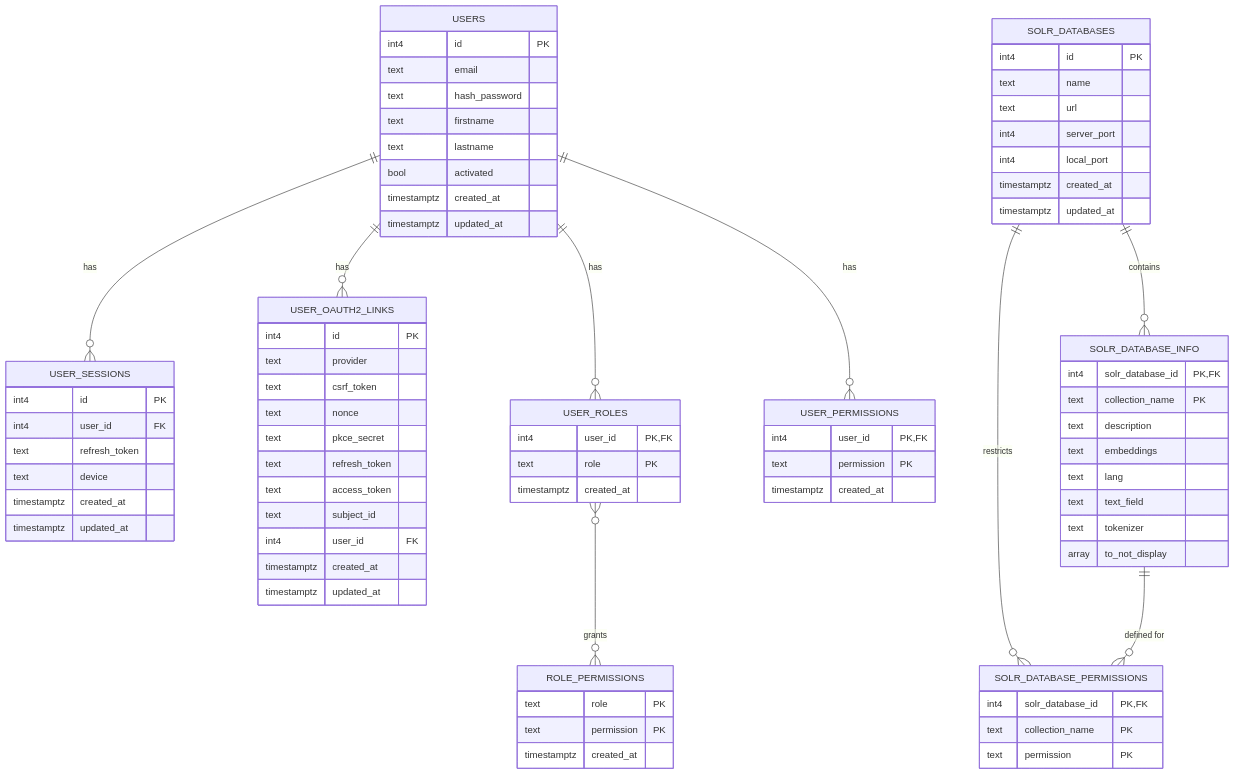
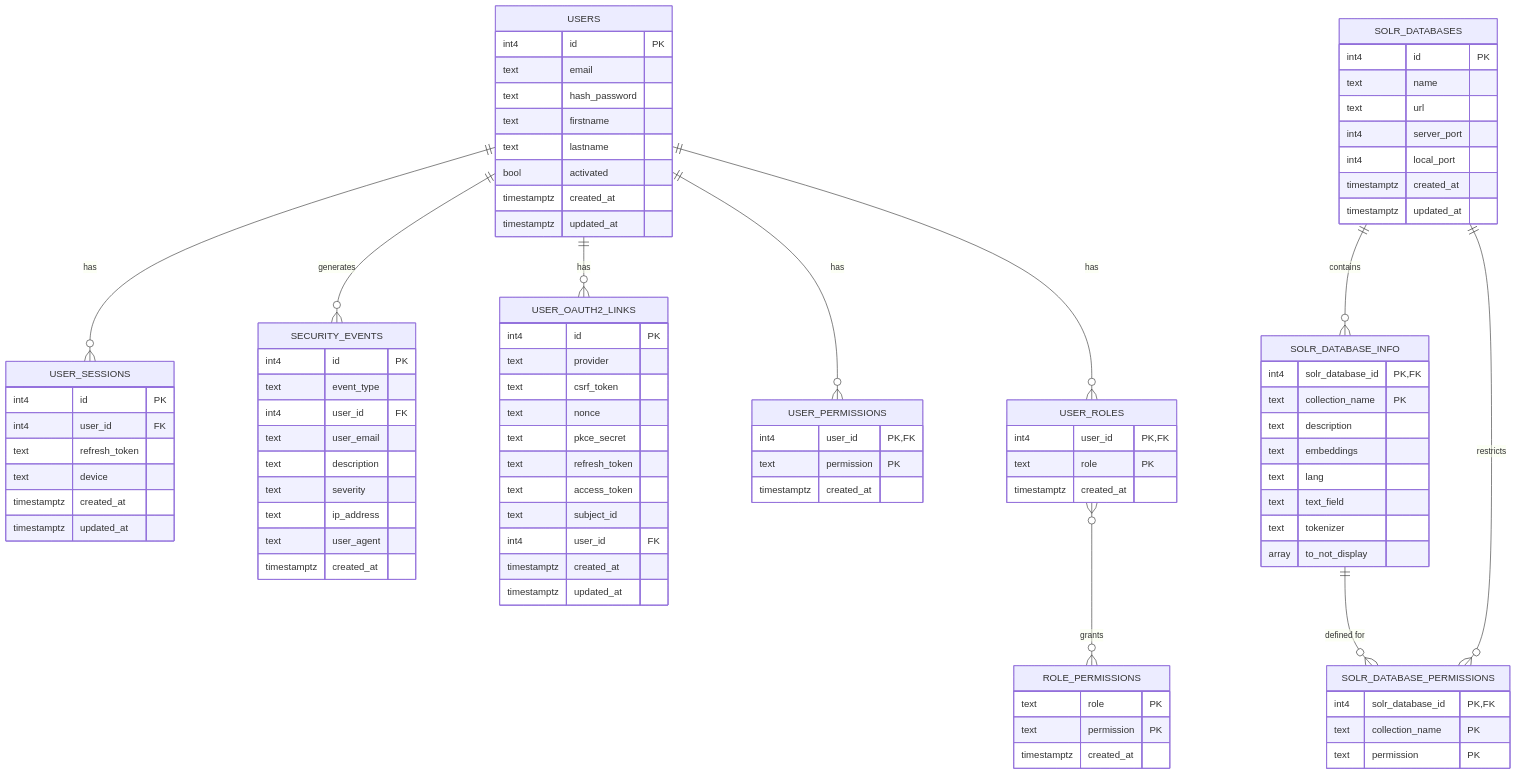
Before and after one commit to BaptisteBlouin/HistText: the diagram in docs/database/README.md, drawn with Mermaid. The commit also changed other lines of this file and 10 other files, not shown here.

```diff
--- a/docs/database/README.md
+++ b/docs/database/README.md
@@ -254,7 +291,20 @@
         text permission PK
     }
 
+    SECURITY_EVENTS {
+        int4 id PK
+        text event_type
+        int4 user_id FK
+        text user_email
+        text description
+        text severity
+        text ip_address
+        text user_agent
+        timestamptz created_at
+    }
+
     USERS ||--o{ USER_SESSIONS : has
+    USERS ||--o{ SECURITY_EVENTS : generates
     USERS ||--o{ USER_OAUTH2_LINKS : has
     USERS ||--o{ USER_PERMISSIONS : has
     USERS ||--o{ USER_ROLES : has
```
